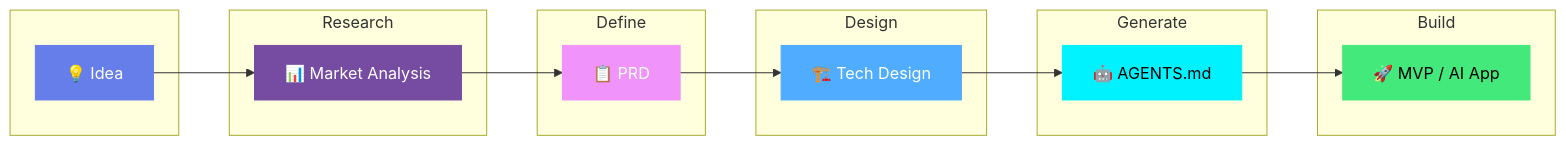
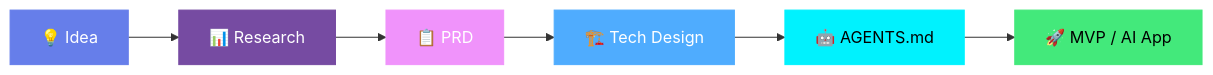
Before and after one commit to KhazP/vibe-coding-prompt-template: the diagram in README.md, drawn with Mermaid. The commit also changed other lines of this file and 1 other file, not shown here.

Commit message:
ci: publish CLI via OIDC on cli-v* tags; lead README with the 5 steps
Release workflow:
- Trigger cli-v* instead of v*, so the repo's own v3.x tags no longer try
  to publish the CLI (which would 403 against the already-published 0.2.0)
- Switch to npm Trusted Publishing (OIDC): drop NODE_AUTH_TOKEN/NPM_TOKEN,
  bump Node to 24 for npm >= 11.5.1 which OIDC requires
- Guard step fails the run when the tag and cli/package.json disagree
- Header comment states the trigger, auth model, and release recipe

README:
- New 'Start here' section above the fold: the npx vibeworkflow path for
  agents, plus the 5 steps as a table linking into the detailed phases
- Move the project showcase below the steps; fold the flow diagram into
  <details> and compress it from 35 lines to 11
- Net 427 -> 420 lines

````diff
--- a/README.md
+++ b/README.md
@@ -68,35 +54,11 @@
 ```mermaid
 flowchart LR
-    subgraph Phase1[" "]
-        A[💡 Idea]
-    end
-
-    subgraph Phase2["Research"]
-        B[📊 Market Analysis]
-    end
-
-    subgraph Phase3["Define"]
-        C[📋 PRD]
-    end
-
-    subgraph Phase4["Design"]
-        D[🏗️ Tech Design]
-    end
-
-    subgraph Phase5["Generate"]
-        E[🤖 AGENTS.md]
-    end
-
-    subgraph Phase6["Build"]
-        F[🚀 MVP / AI App]
-    end
-
-    A --> B --> C --> D --> E --> F
+    A[💡 Idea] --> B[📊 Research] --> C[📋 PRD] --> D[🏗️ Tech Design] --> E[🤖 AGENTS.md] --> F[🚀 MVP / AI App]
 
     style A fill:#667eea,stroke:#667eea,color:#fff
     style B fill:#764ba2,stroke:#764ba2,color:#fff
     style C fill:#f093fb,stroke:#f093fb,color:#fff
     style D fill:#4facfe,stroke:#4facfe,color:#fff
     style E fill:#00f2fe,stroke:#00f2fe,color:#000
     style F fill:#43e97b,stroke:#43e97b,color:#000
 ```
````
